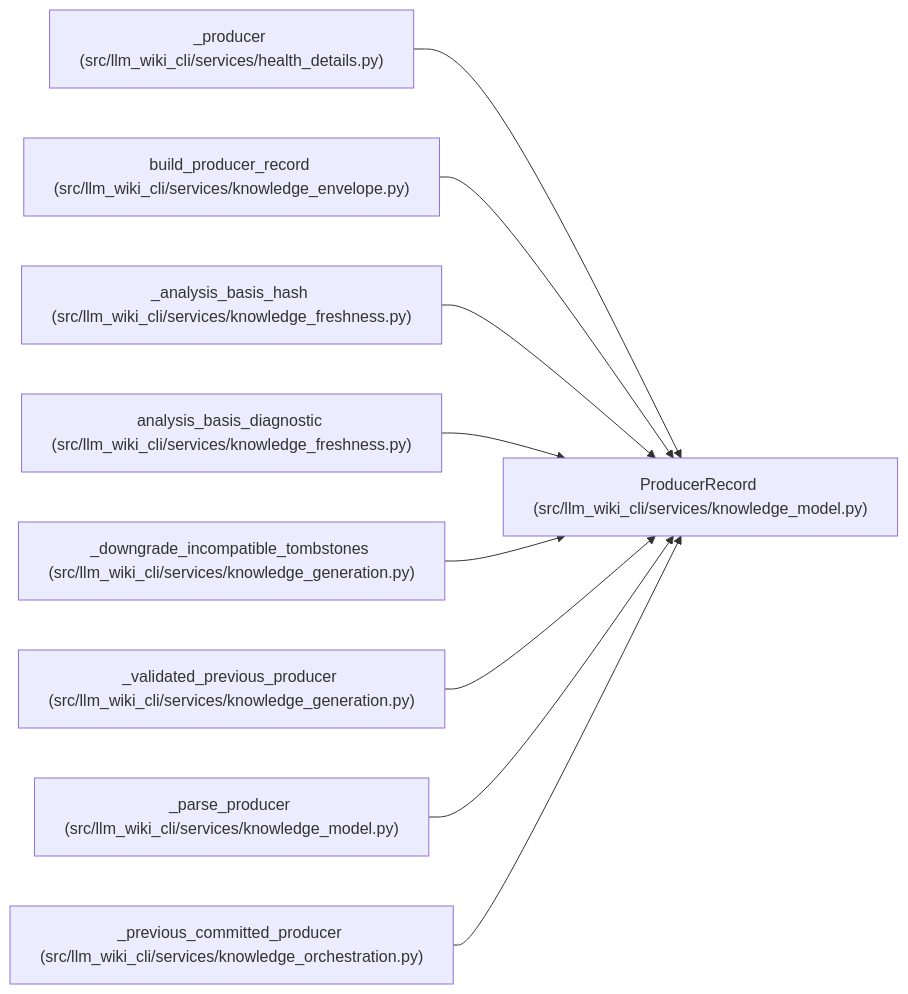
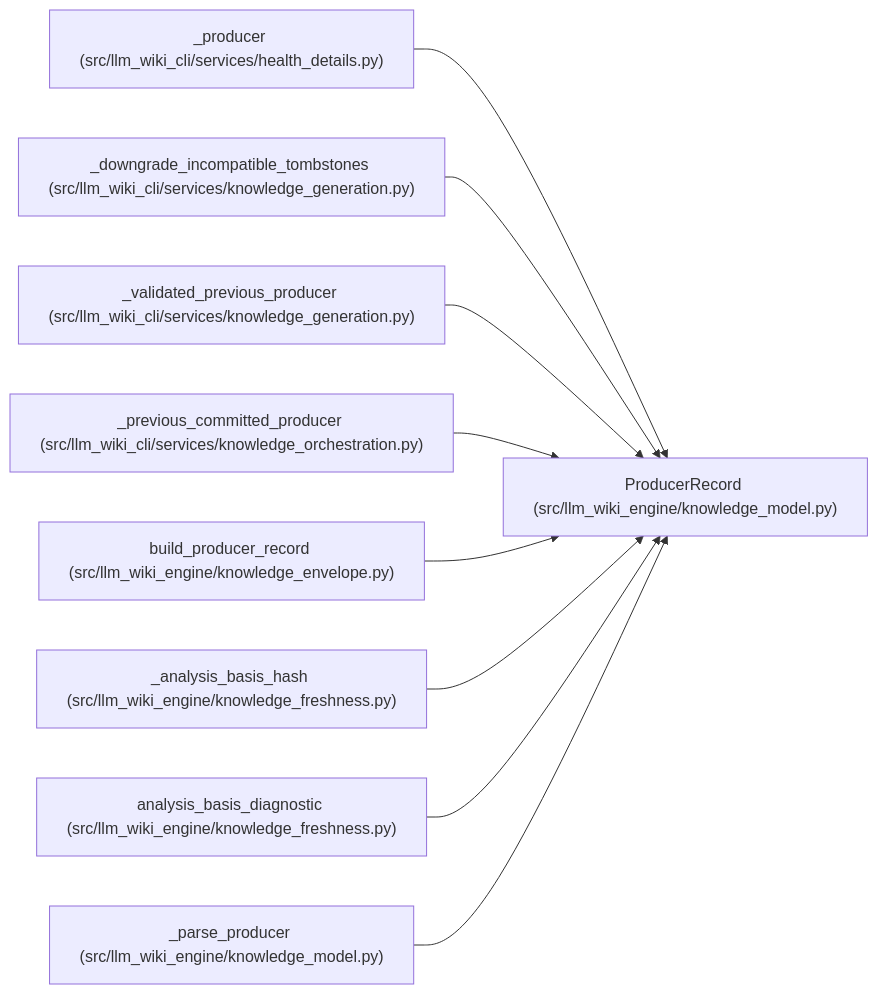
Before and after one commit to Denissvgn/python-wiki-llm: the diagram in docs/llm_wiki/entities/ProducerRecord.md, drawn with Mermaid. The commit also changed other lines of this file and 1058 other files, not shown here.

First line of the commit message:
docs: refresh the wiki for the knowledge store move

````diff
--- a/docs/llm_wiki/entities/ProducerRecord.md
+++ b/docs/llm_wiki/entities/ProducerRecord.md
@@ -30,29 +30,29 @@
 ```mermaid
 flowchart LR
-    n0["ProducerRecord (src/llm_wiki_cli/services/knowledge_model.py)"]
+    n0["ProducerRecord (src/llm_wiki_engine/knowledge_model.py)"]
     n1["_producer (src/llm_wiki_cli/services/health_details.py)"]
-    n2["build_producer_record (src/llm_wiki_cli/services/knowledge_envelope.py)"]
-    n3["_analysis_basis_hash (src/llm_wiki_cli/services/knowledge_freshness.py)"]
-    n4["analysis_basis_diagnostic (src/llm_wiki_cli/services/knowledge_freshness.py)"]
-    n5["_downgrade_incompatible_tombstones (src/llm_wiki_cli/services/knowledge_generation.py)"]
-    n6["_validated_previous_producer (src/llm_wiki_cli/services/knowledge_generation.py)"]
-    n7["_parse_producer (src/llm_wiki_cli/services/knowledge_model.py)"]
-    n8["_previous_committed_producer (src/llm_wiki_cli/services/knowledge_orchestration.py)"]
+    n2["_downgrade_incompatible_tombstones (src/llm_wiki_cli/services/knowledge_generation.py)"]
+    n3["_validated_previous_producer (src/llm_wiki_cli/services/knowledge_generation.py)"]
+    n4["_previous_committed_producer (src/llm_wiki_cli/services/knowledge_orchestration.py)"]
+    n5["build_producer_record (src/llm_wiki_engine/knowledge_envelope.py)"]
+    n6["_analysis_basis_hash (src/llm_wiki_engine/knowledge_freshness.py)"]
+    n7["analysis_basis_diagnostic (src/llm_wiki_engine/knowledge_freshness.py)"]
+    n8["_parse_producer (src/llm_wiki_engine/knowledge_model.py)"]
     n1 --> n0
     n2 --> n0
     n3 --> n0
     n4 --> n0
     n5 --> n0
     n6 --> n0
     n7 --> n0
     n8 --> n0
     click n0 "../modules/knowledge_model.md"
     click n1 "../modules/health_details.md"
-    click n2 "../modules/knowledge_envelope.md"
-    click n3 "../modules/knowledge_freshness.md"
-    click n4 "../modules/knowledge_freshness.md"
-    click n5 "../modules/knowledge_generation.md"
-    click n6 "../modules/knowledge_generation.md"
-    click n7 "../modules/knowledge_model.md"
-    click n8 "../modules/knowledge_orchestration.md"
+    click n2 "../modules/knowledge_generation.md"
+    click n3 "../modules/knowledge_generation.md"
+    click n4 "../modules/knowledge_orchestration.md"
+    click n5 "../modules/knowledge_envelope.md"
+    click n6 "../modules/knowledge_freshness.md"
+    click n7 "../modules/knowledge_freshness.md"
+    click n8 "../modules/knowledge_model.md"
 ```
````
